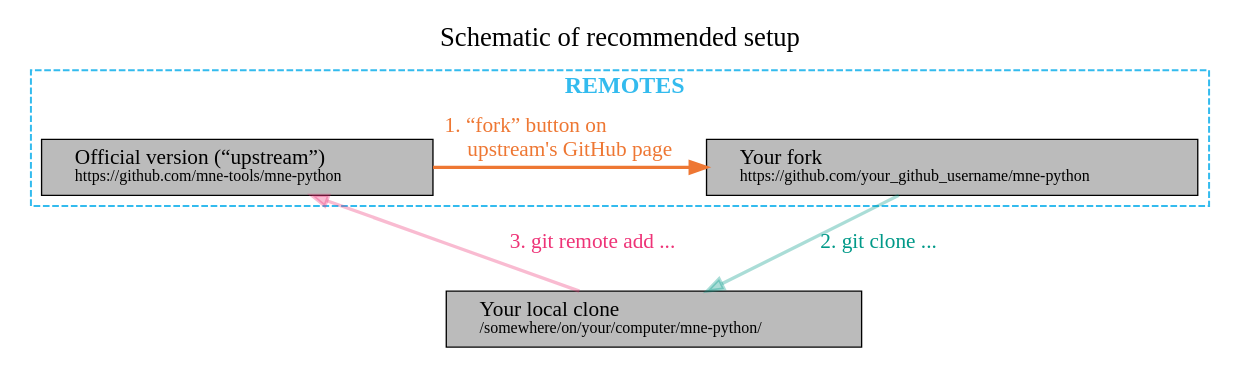
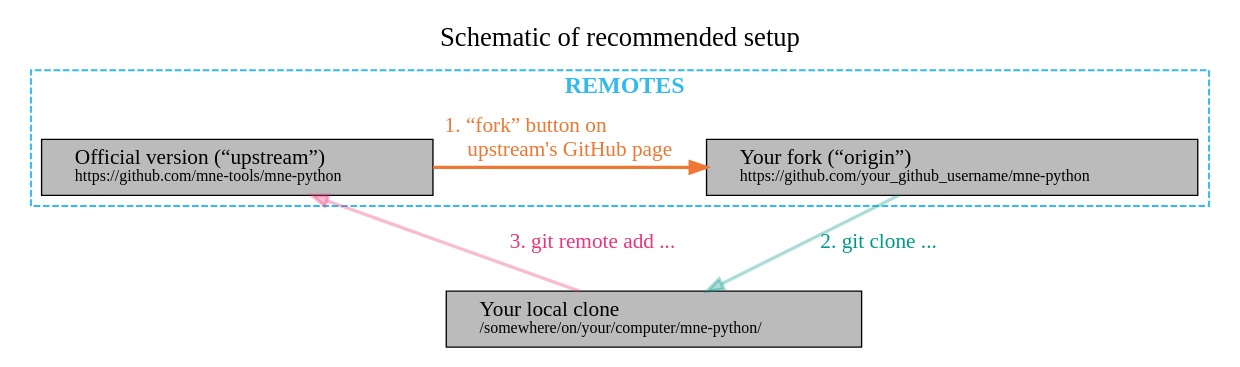
Before and after one commit to mne-tools/mne-python: the diagram in doc/_static/diagrams/git_setup.dot, drawn with Graphviz.

Commit message:
add "origin"

```diff
--- a/doc/_static/diagrams/git_setup.dot
+++ b/doc/_static/diagrams/git_setup.dot
@@ -1,64 +1,64 @@
 digraph gitstructure {
     /* LAYOUT CONTROL */
     rankdir=UD
     newrank=true
     ranksep=0.75
     clusterrank=local
     labelloc=t
     pad=0.1
 
     /* GLOBAL TITLE */
     label="Schematic of recommended setup"
 
     /* GLOBAL STYLES */
     splines=true
     fontsize=20
     fontname="Source Sans Pro"
 
     node [shape=box
           style=filled
           fontsize=12
           fontname="Source Sans Pro"
           fillcolor="#bbbbbb"
           margin="0.35,0.1"]
 
     edge [arrowsize=1.2
           penwidth=2.5
           fontsize=16
           fontname="Source Code Pro"]
 
     /* REMOTES */
     subgraph cluster_0 {
         label=<<B>REMOTES<BR/> </B>>
         color="#33bbee"
         fontcolor="#33bbee"
         fontsize=18
         style=dashed
         penwidth=1.5
 
         upstream [label=<<FONT POINT-SIZE="16">Official version (“upstream”)</FONT><BR ALIGN="LEFT"/>https://github.com/mne-tools/mne-python>]
 
-        yourfork [label=<<FONT POINT-SIZE="16">Your fork</FONT><BR ALIGN="LEFT"/>https://github.com/your_github_username/mne-python>]
+        yourfork [label=<<FONT POINT-SIZE="16">Your fork (“origin”)</FONT><BR ALIGN="LEFT"/>https://github.com/your_github_username/mne-python>]
 
     }
 
     /* LOCAL */
     yourclone [label=<<FONT POINT-SIZE="16">Your local clone</FONT><BR ALIGN="LEFT"/>/somewhere/on/your/computer/mne-python/>]
 
     /* edges */
     upstream -> yourfork [label="1. “fork” button on \l upstream's GitHub page"
                           color="#ee7733"
                           fontcolor="#ee7733"
                           fontname="Source Sans Pro"]
 
     yourfork -> yourclone [label="2. git clone ... \l"
                            color="#00998855"
                            fontcolor="#009988"]
 
     yourclone -> upstream [label="3. git remote add ... \r"
                            color="#ee337755"
                            fontcolor="#ee3377"]
 
     /* align "remote" boxes */
     { rank="same" upstream yourfork }
 }
```
